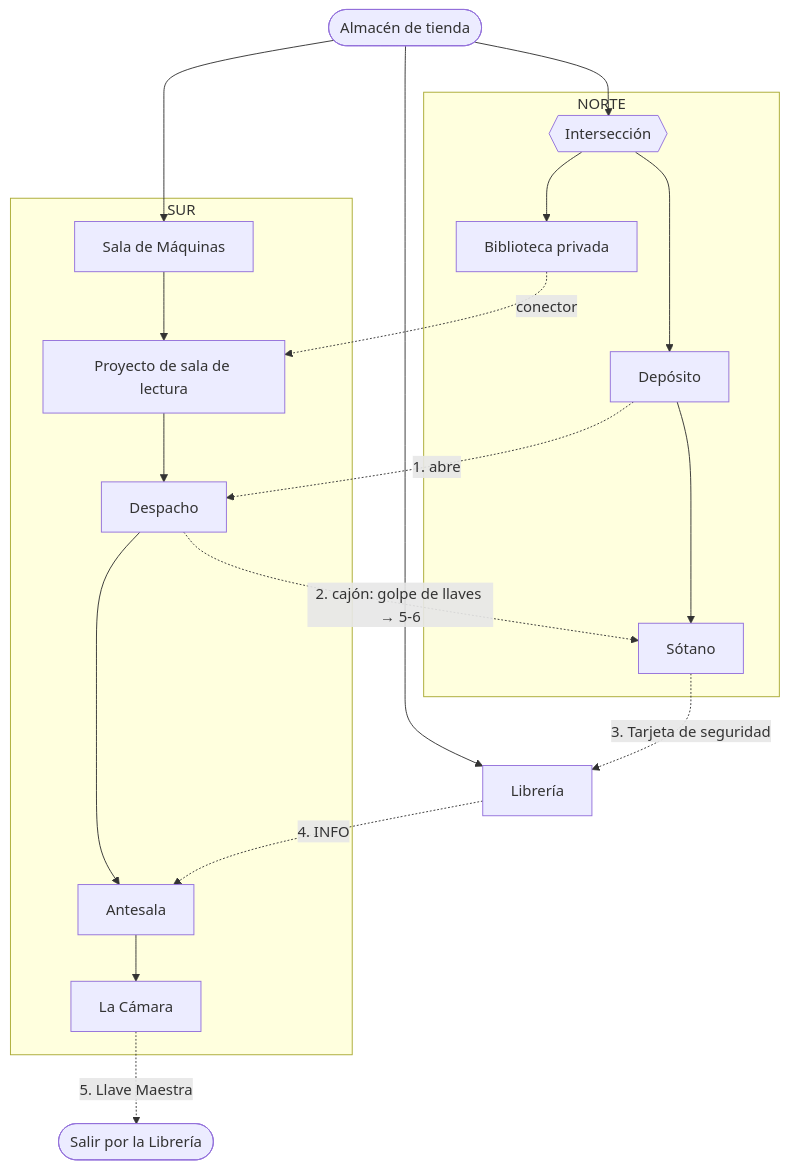
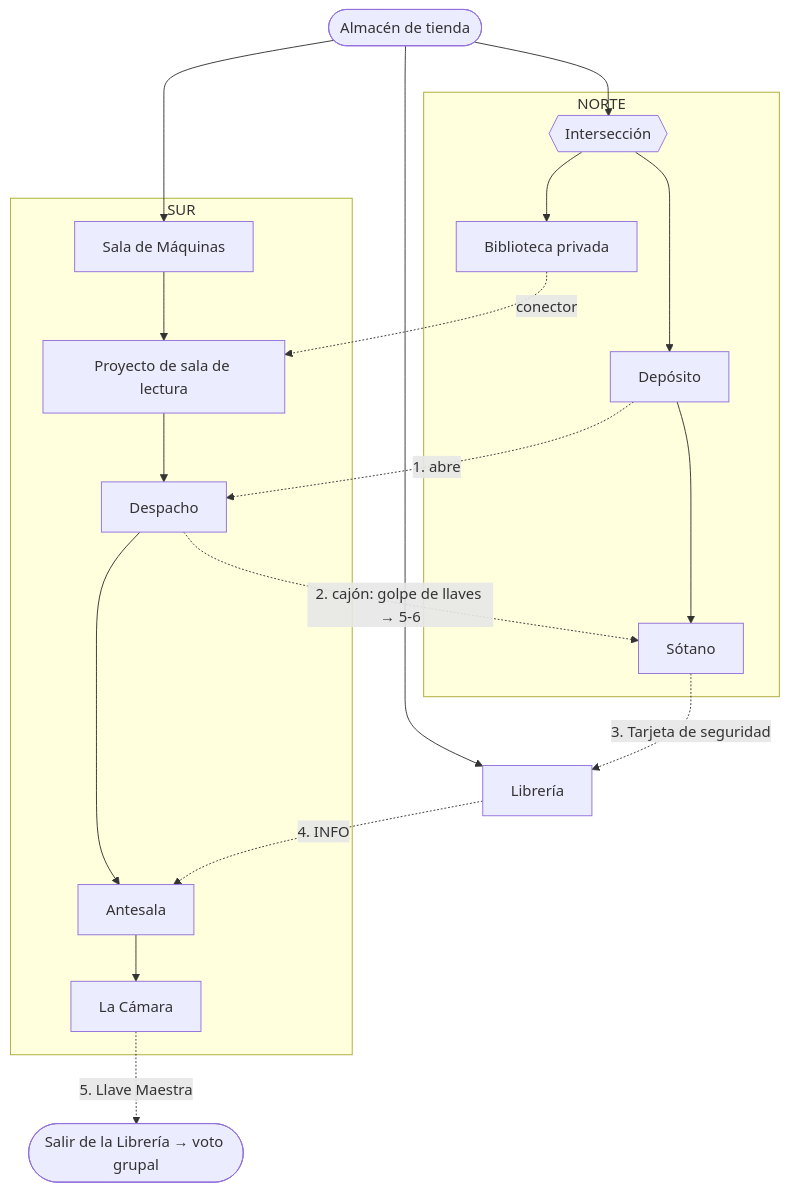
Before and after one commit to albcantero/yai-game: the diagram in docs/hoja-de-ruta.md, drawn with Mermaid. The commit also changed other lines of this file and 2 other files, not shown here.

Commit message:
docs: reconciliar lore/escape-room/hoja-de-ruta (6 jugadoras+2 opcionales, 2-3h, 5 programas Computer.tsx, final=salir+voto moral A/B, Notas como vehiculo del lore, '3 ramas' superado)

````diff
--- a/docs/hoja-de-ruta.md
+++ b/docs/hoja-de-ruta.md
@@ -59,37 +64,37 @@
 ```mermaid
 flowchart TD
     A([Almacén de tienda])
 
     subgraph NORTE
         INT{{Intersección}}
         BIB[Biblioteca privada]
         DEP[Depósito]
         SOT[Sótano]
         INT --> BIB
         INT --> DEP
         DEP --> SOT
     end
 
     subgraph SUR
         MAQ[Sala de Máquinas]
         PROY[Proyecto de sala de lectura]
         DESP[Despacho]
         ANT[Antesala]
         CAM[La Cámara]
         MAQ --> PROY
         PROY --> DESP
         DESP --> ANT
         ANT --> CAM
     end
 
     A --> INT
     A --> MAQ
     A --> LIB[Librería]
     BIB -.->|conector| PROY
 
     DEP -.->|1. abre| DESP
     DESP -.->|2. cajón: golpe de llaves → 5-6| SOT
     SOT -.->|3. Tarjeta de seguridad| LIB
     LIB -.->|4. INFO| ANT
-    CAM -.->|5. Llave Maestra| SAL([Salir por la Librería])
+    CAM -.->|5. Llave Maestra| SAL([Salir de la Librería → voto grupal])
 ```
````
